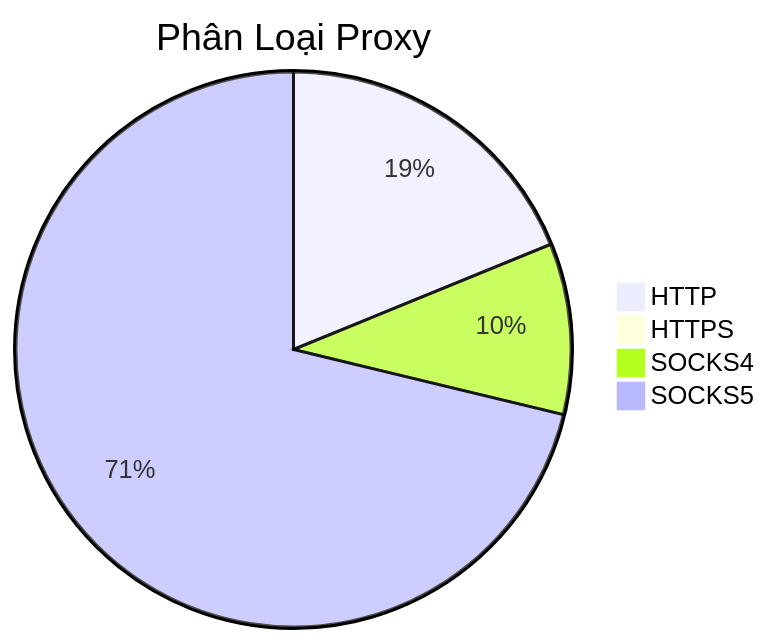
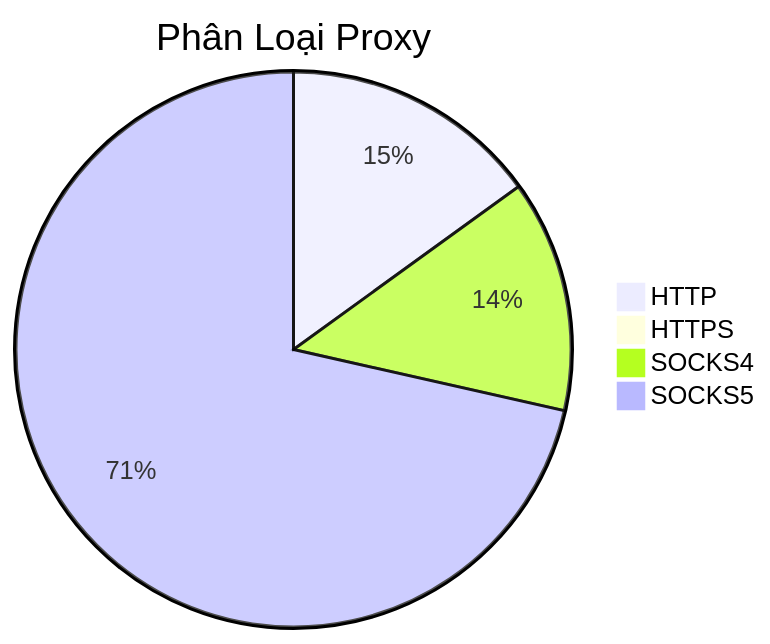
Before and after one commit to Ciara-12/PROXY-free: the diagram in README.md, drawn with Mermaid. The commit also changed other lines of this file and 3 other files, not shown here.

````diff
--- a/README.md
+++ b/README.md
@@ -26,7 +26,7 @@
 ```mermaid
 pie title Phân Loại Proxy
-    "HTTP" : 509
+    "HTTP" : 355
     "HTTPS" : 0
-    "SOCKS4" : 269
-    "SOCKS5" : 1926
+    "SOCKS4" : 319
+    "SOCKS5" : 1688
 ```
````
